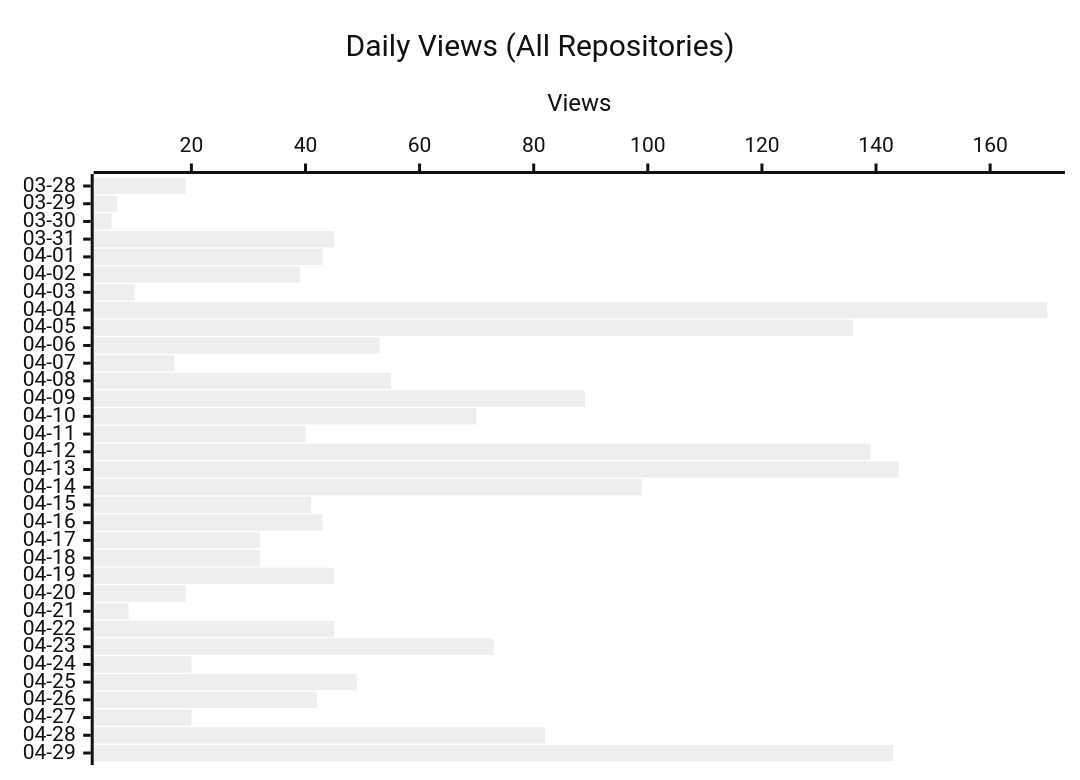
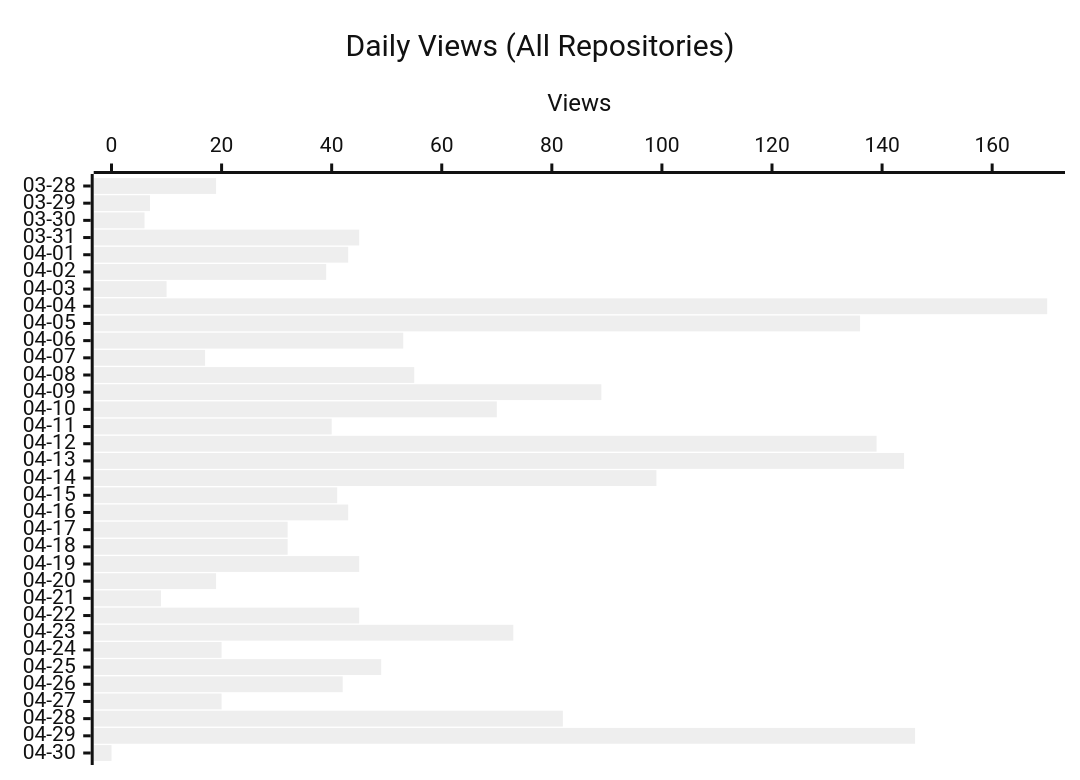
One commit to shigechika/github-insights changed the second of 3 diagrams in README.md. Above: the diagram before and after it, drawn with Mermaid (neutral theme). The commit also changed other lines of this file and 2 other files, not shown here.

````diff
--- a/README.md
+++ b/README.md
@@ -26,7 +26,7 @@
 ```mermaid
 xychart-beta horizontal
     title "Daily Views (All Repositories)"
-    x-axis ["03-28", "03-29", "03-30", "03-31", "04-01", "04-02", "04-03", "04-04", "04-05", "04-06", "04-07", "04-08", "04-09", "04-10", "04-11", "04-12", "04-13", "04-14", "04-15", "04-16", "04-17", "04-18", "04-19", "04-20", "04-21", "04-22", "04-23", "04-24", "04-25", "04-26", "04-27", "04-28", "04-29"]
+    x-axis ["03-28", "03-29", "03-30", "03-31", "04-01", "04-02", "04-03", "04-04", "04-05", "04-06", "04-07", "04-08", "04-09", "04-10", "04-11", "04-12", "04-13", "04-14", "04-15", "04-16", "04-17", "04-18", "04-19", "04-20", "04-21", "04-22", "04-23", "04-24", "04-25", "04-26", "04-27", "04-28", "04-29", "04-30"]
     y-axis "Views"
-    bar [19, 7, 6, 45, 43, 39, 10, 170, 136, 53, 17, 55, 89, 70, 40, 139, 144, 99, 41, 43, 32, 32, 45, 19, 9, 45, 73, 20, 49, 42, 20, 82, 143]
+    bar [19, 7, 6, 45, 43, 39, 10, 170, 136, 53, 17, 55, 89, 70, 40, 139, 144, 99, 41, 43, 32, 32, 45, 19, 9, 45, 73, 20, 49, 42, 20, 82, 146, 0]
 ```
````
